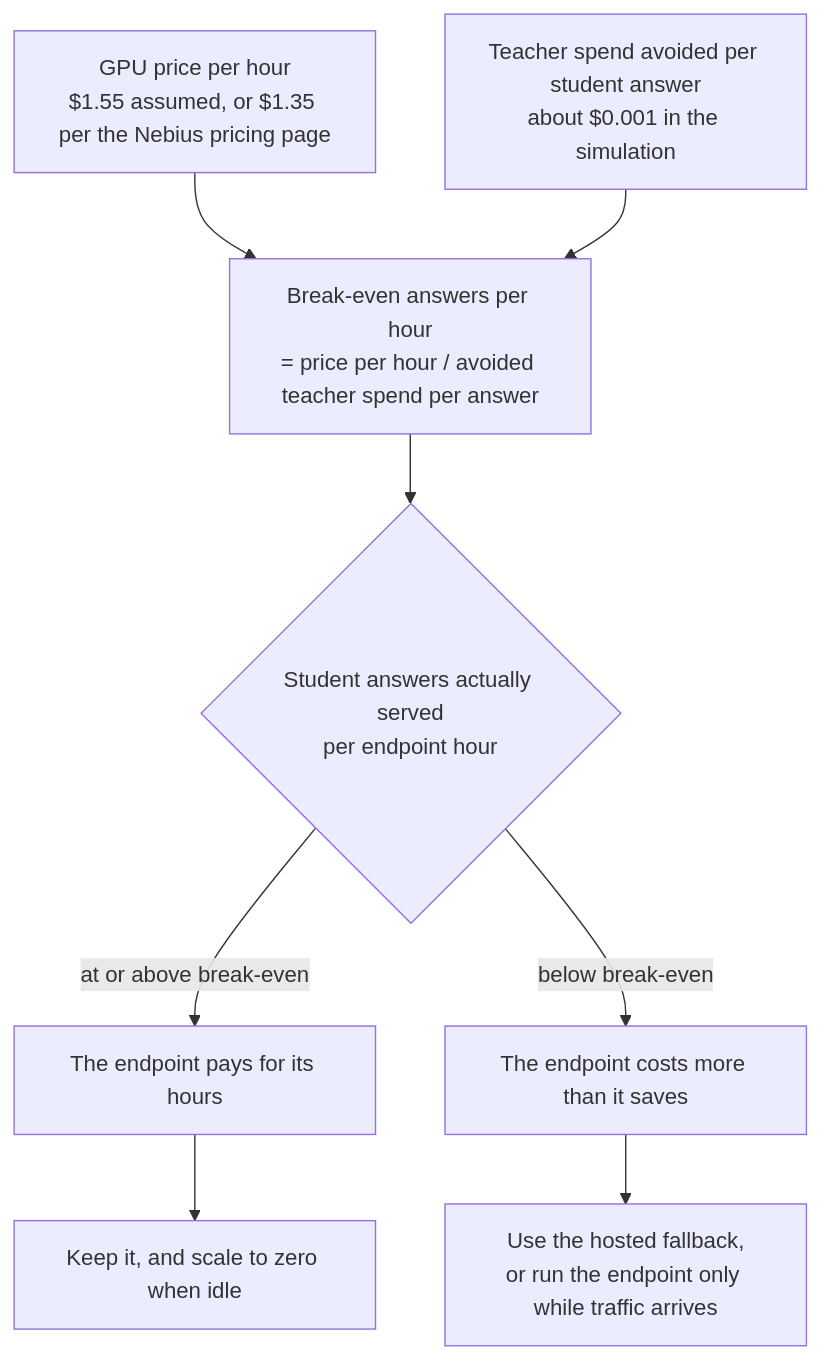
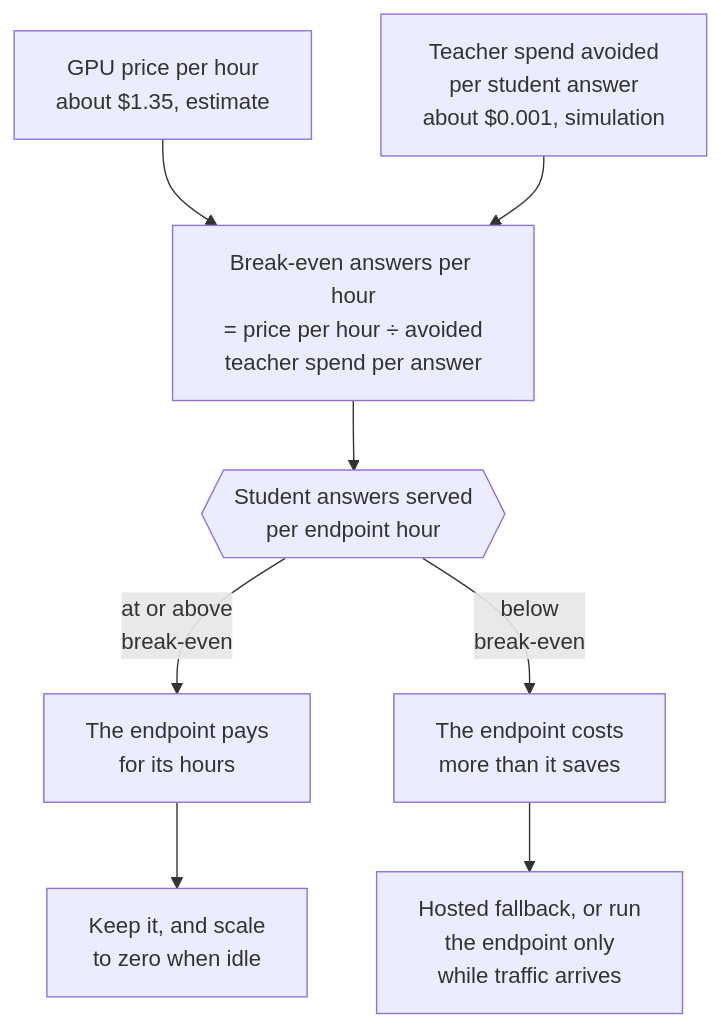
Before and after one commit to harshbhx/ratchet: the third of 4 diagrams in docs-site/src/content/docs/guides/cost-and-savings.mdx, drawn with Mermaid. The commit also changed other lines of this file and 25 other files, not shown here.

````diff
--- a/docs-site/src/content/docs/guides/cost-and-savings.mdx
+++ b/docs-site/src/content/docs/guides/cost-and-savings.mdx
@@ -110,10 +152,14 @@
 ```mermaid
-flowchart TD
-  R["GPU price per hour<br/>$1.55 assumed, or $1.35 per the Nebius pricing page"] --> BE["Break-even answers per hour<br/>= price per hour / avoided teacher spend per answer"]
-  S["Teacher spend avoided per student answer<br/>about $0.001 in the simulation"] --> BE
-  BE --> CMP{"Student answers actually served<br/>per endpoint hour"}
-  CMP -->|"at or above break-even"| WIN["The endpoint pays for its hours"]
-  CMP -->|"below break-even"| LOSE["The endpoint costs more than it saves"]
-  LOSE --> OPT["Use the hosted fallback,<br/>or run the endpoint only while traffic arrives"]
-  WIN --> UP["Keep it, and scale to zero when idle"]
+flowchart TB
+  R["GPU price per hour<br/>about $1.35, estimate"] --> BE["Break-even answers per hour<br/>= price per hour ÷ avoided<br/>teacher spend per answer"]
+  S["Teacher spend avoided<br/>per student answer<br/>about $0.001, simulation"] --> BE
+  BE --> CMP{{"Student answers served<br/>per endpoint hour"}}
+  CMP -->|"at or above<br/>break-even"| WIN["The endpoint pays<br/>for its hours"]
+  CMP -->|"below<br/>break-even"| LOSE["The endpoint costs<br/>more than it saves"]
+  LOSE --> OPT["Hosted fallback, or run<br/>the endpoint only<br/>while traffic arrives"]
+  WIN --> UP["Keep it, and scale<br/>to zero when idle"]
+
+  class CMP gate
+  class WIN ok
+  class LOSE danger
 ```
````
